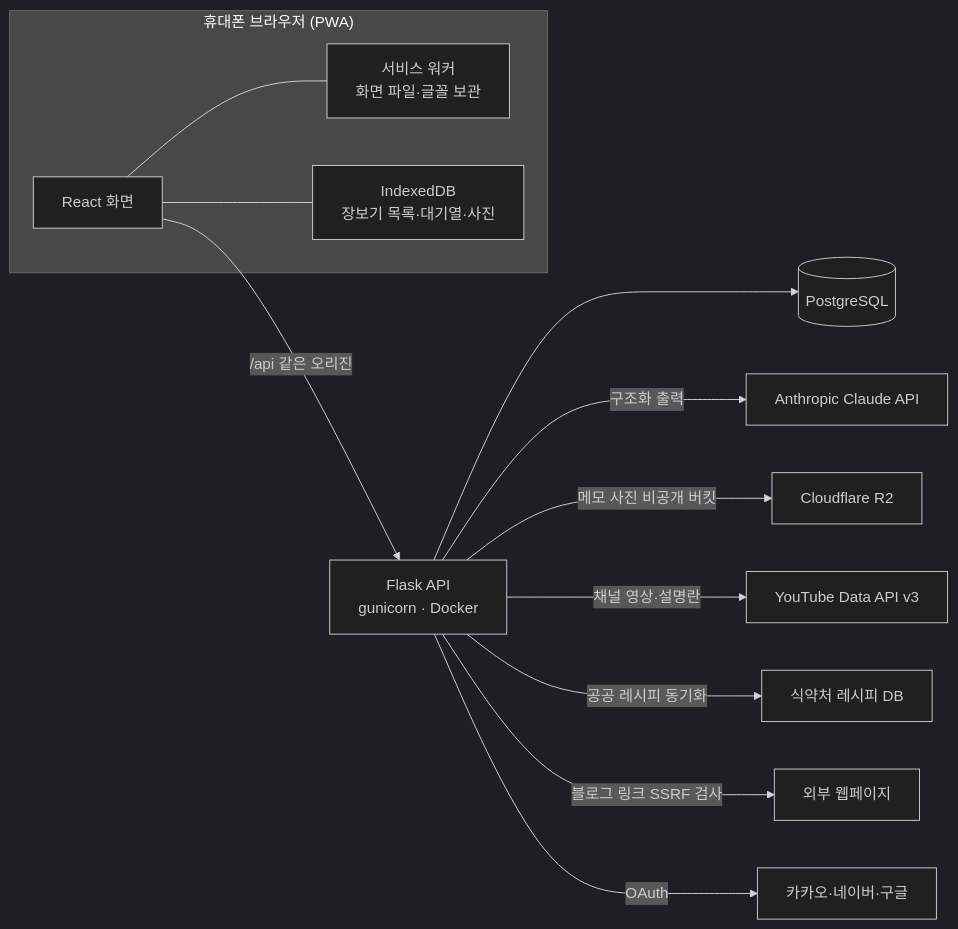
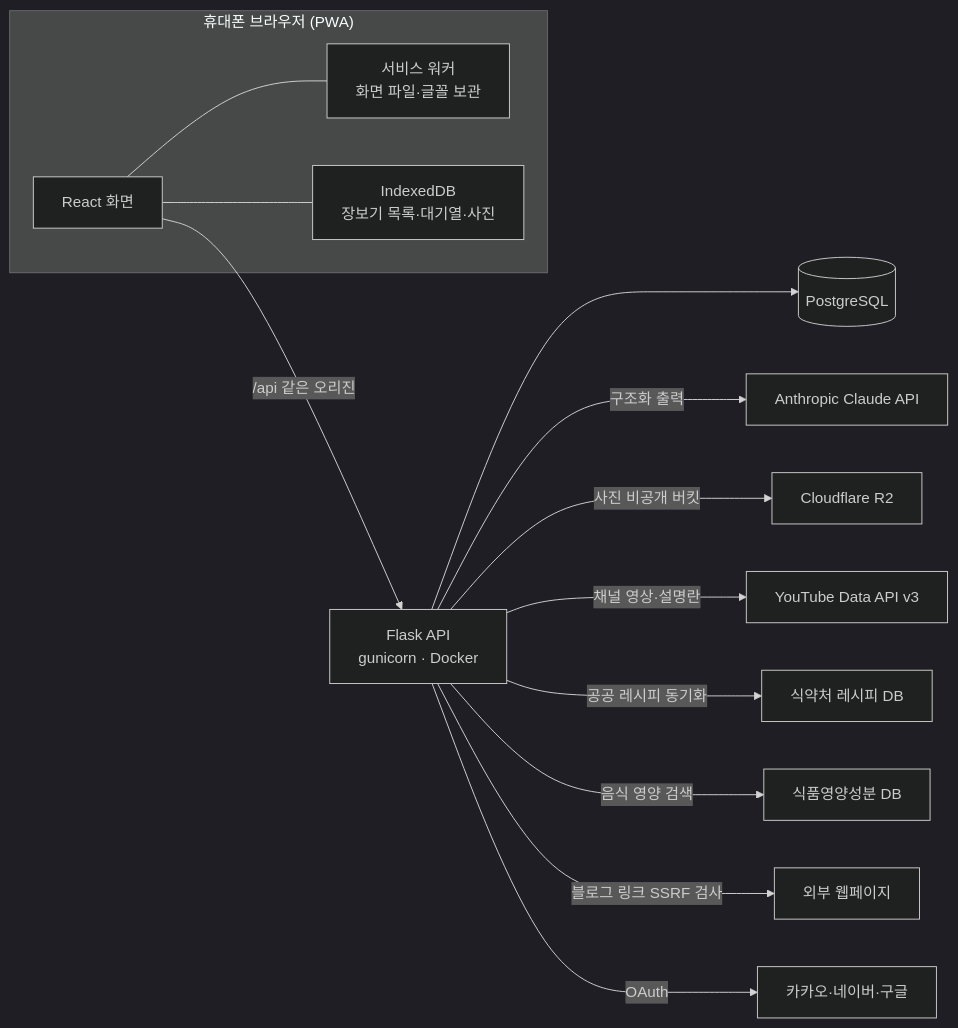
Before and after one commit to hyo814/galmuri-kitchen: the diagram in README.md, drawn with Mermaid (dark theme). The commit also changed other lines of this file, not shown here.

````diff
--- a/README.md
+++ b/README.md
@@ -138,18 +145,19 @@
 ```mermaid
 flowchart LR
   subgraph Phone["휴대폰 브라우저 (PWA)"]
     UI["React 화면"]
     SW["서비스 워커<br/>화면 파일·글꼴 보관"]
     IDB["IndexedDB<br/>장보기 목록·대기열·사진"]
   end
   UI --- SW
   UI --- IDB
   UI -->|"/api 같은 오리진"| API["Flask API<br/>gunicorn · Docker"]
   API --> DB[("PostgreSQL")]
   API -->|"구조화 출력"| Claude["Anthropic Claude API"]
-  API -->|"메모 사진 비공개 버킷"| R2["Cloudflare R2"]
+  API -->|"사진 비공개 버킷"| R2["Cloudflare R2"]
   API -->|"채널 영상·설명란"| YT["YouTube Data API v3"]
   API -->|"공공 레시피 동기화"| MFDS["식약처 레시피 DB"]
+  API -->|"음식 영양 검색"| NUT["식품영양성분 DB"]
   API -->|"블로그 링크 SSRF 검사"| Web["외부 웹페이지"]
   API -->|"OAuth"| Login["카카오·네이버·구글"]
 ```
````
